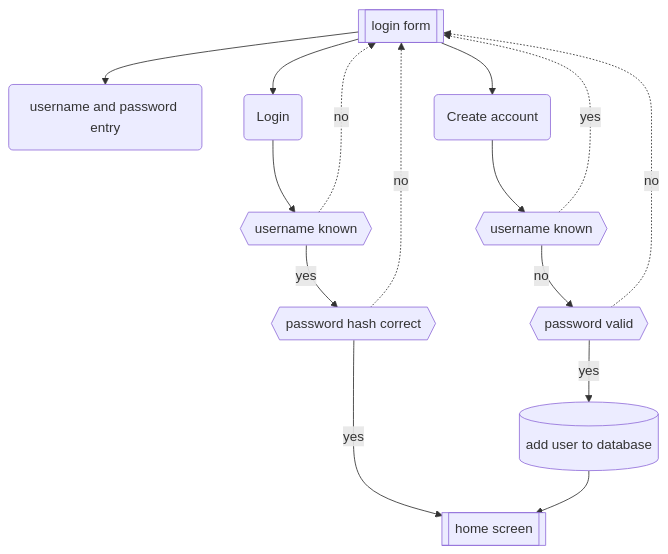
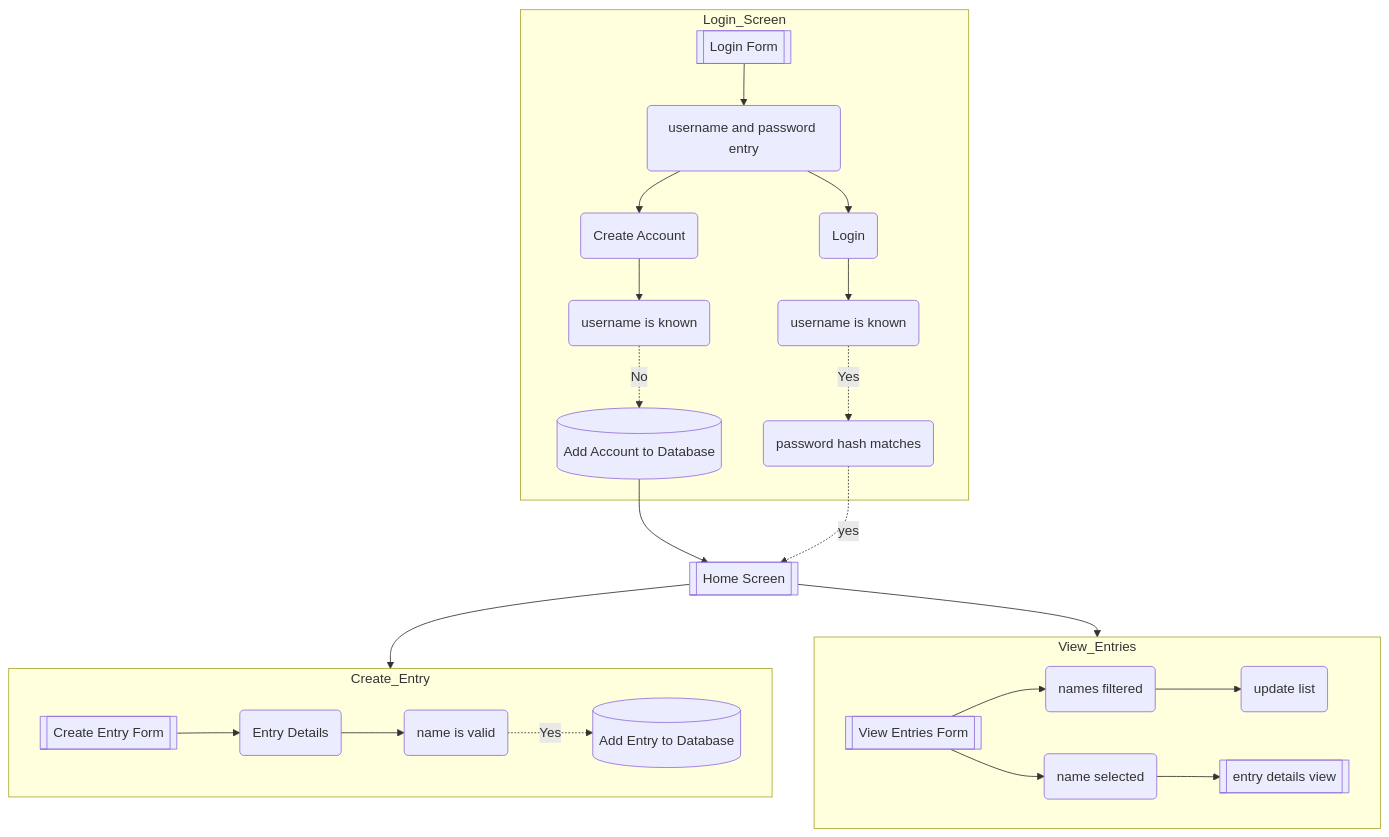
Before and after one commit to pxp888/passcodes: the third of 3 diagrams in README.md, drawn with Mermaid. The commit also changed other lines of this file, not shown here.

Commit message:
update README interface flowchart

```diff
--- a/README.md
+++ b/README.md
@@ -107,21 +112,33 @@
 ~~~mermaid
-graph TD
-lg[[login form]]
-de(username and password entry)
-ls(Login)
-cs(Create account )
-uk1{{username known}}
-uk2{{username known}}
-pw1{{password hash correct}}
-hs[[home screen]]
-ad[(add user to database)]
-pv{{password valid}}
+flowchart TD
 
-lg-->de & ls & cs
-ls-->uk1-->|yes|pw1-->|yes|hs
-pw1-.->|no|lg
-uk1-.->|no|lg
-cs-->uk2-->|no|pv-->|yes|ad-->hs
-pv-.->|no|lg 
-uk2-.->|yes|lg
+classDef formview fill:#f96
+
+class hs formview;
+
+cr2-->hs
+pw1-.->|yes|hs
+hs[[Home Screen]]-->Create_Entry
+hs-->View_Entries
+
+subgraph "Login_Screen"
+    lf[[Login Form]]-->de(username and password entry)-->lp(Login) & cr1(Create Account)
+    lp-->uk1(username is known)-.->|Yes|pw1(password hash matches)
+    cr1-->uk2(username is known)-.->|No|cr2[(Add Account to Database)]
+    
+end
+
+subgraph Create_Entry
+    crf[[Create Entry Form]]-->de2(Entry Details)-->nv(name is valid)
+    nv-.->|Yes|cr3[(Add Entry to Database)]
+end
+
+
+subgraph View_Entries
+    vef[[View Entries Form]]
+    vef-->ns(name selected)
+    vef-->nf(names filtered)-->ul(update list)
+    ns-->ed[[entry details view]]
+    
+end
 ~~~
```
